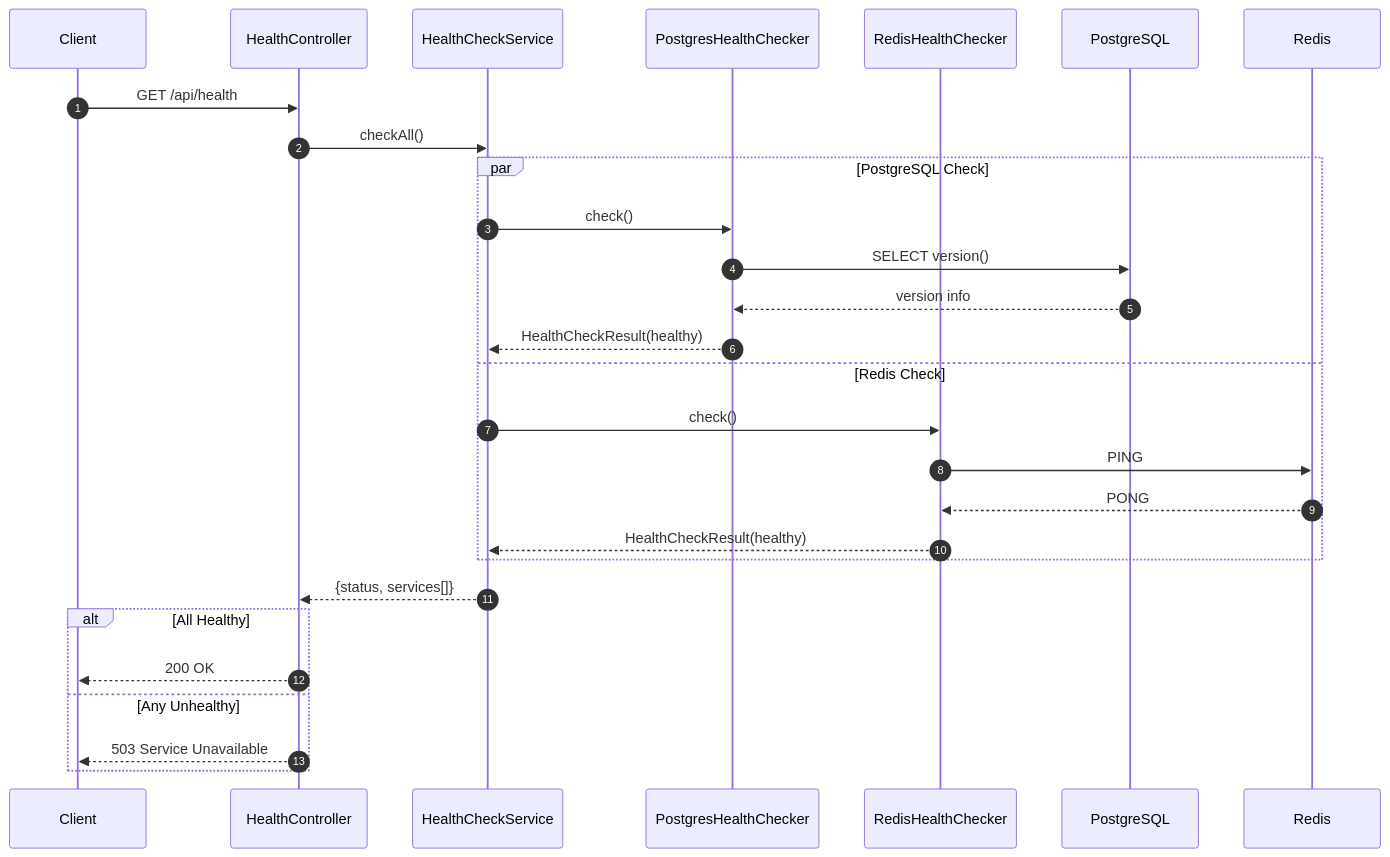
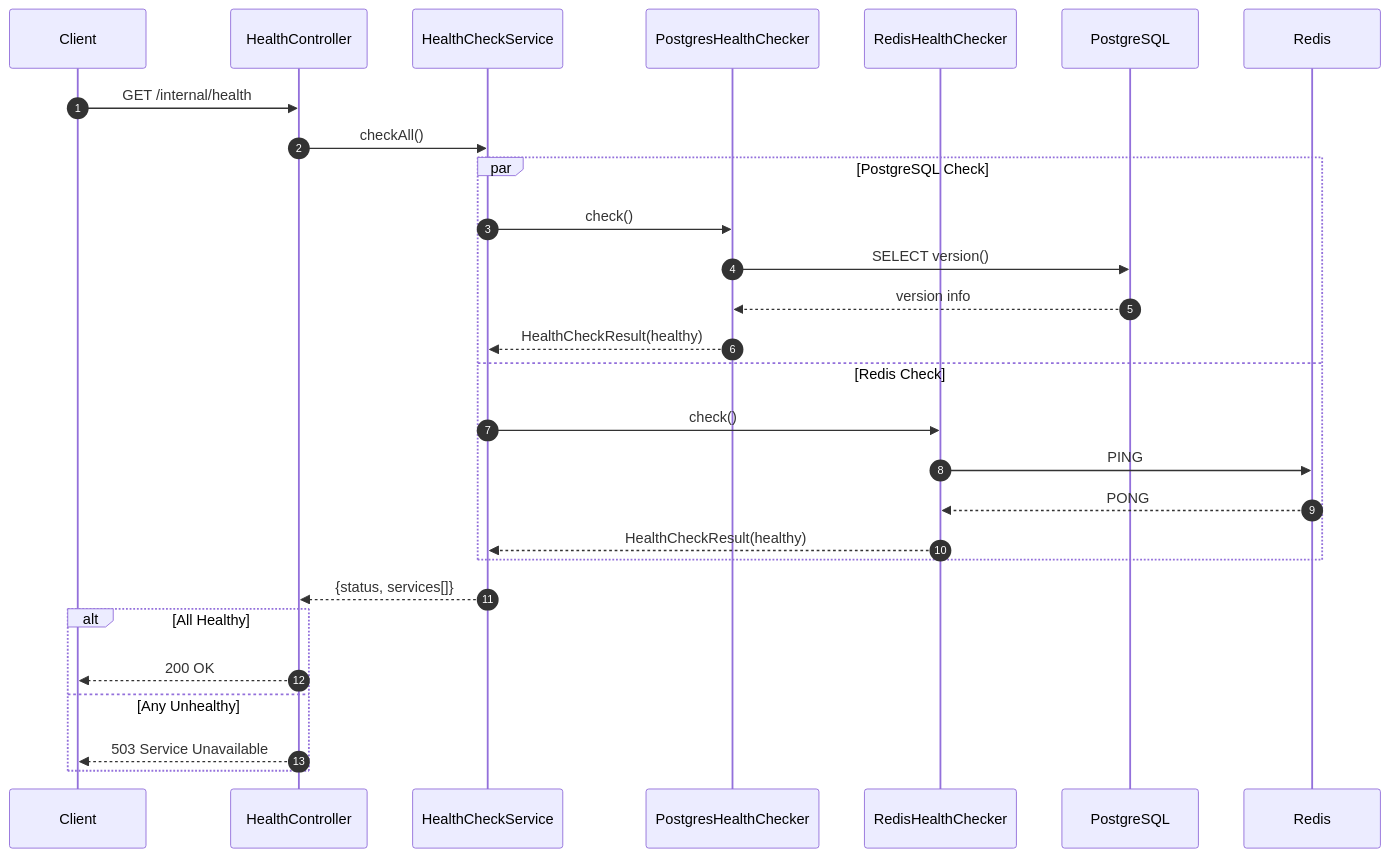
Before and after one commit to shaul1991/toy-core-system: the first of 2 diagrams in docs/HEALTH.md, drawn with Mermaid. The commit also changed other lines of this file and 7 other files, not shown here.

````diff
--- a/docs/HEALTH.md
+++ b/docs/HEALTH.md
@@ -250,34 +250,34 @@
 ```mermaid
 sequenceDiagram
     autonumber
     participant Client
     participant Controller as HealthController
     participant Service as HealthCheckService
     participant PGChecker as PostgresHealthChecker
     participant RedisChecker as RedisHealthChecker
     participant PG as PostgreSQL
     participant Redis as Redis
 
-    Client->>Controller: GET /api/health
+    Client->>Controller: GET /internal/health
     Controller->>Service: checkAll()
 
     par PostgreSQL Check
         Service->>PGChecker: check()
         PGChecker->>PG: SELECT version()
         PG-->>PGChecker: version info
         PGChecker-->>Service: HealthCheckResult(healthy)
     and Redis Check
         Service->>RedisChecker: check()
         RedisChecker->>Redis: PING
         Redis-->>RedisChecker: PONG
         RedisChecker-->>Service: HealthCheckResult(healthy)
     end
 
     Service-->>Controller: {status, services[]}
 
     alt All Healthy
         Controller-->>Client: 200 OK
     else Any Unhealthy
         Controller-->>Client: 503 Service Unavailable
     end
 ```
````
